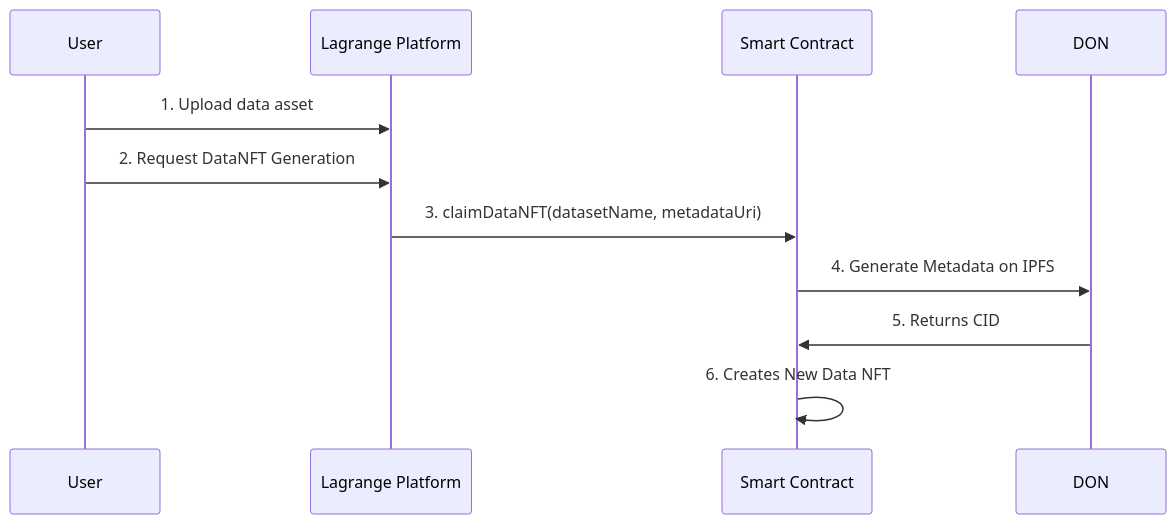
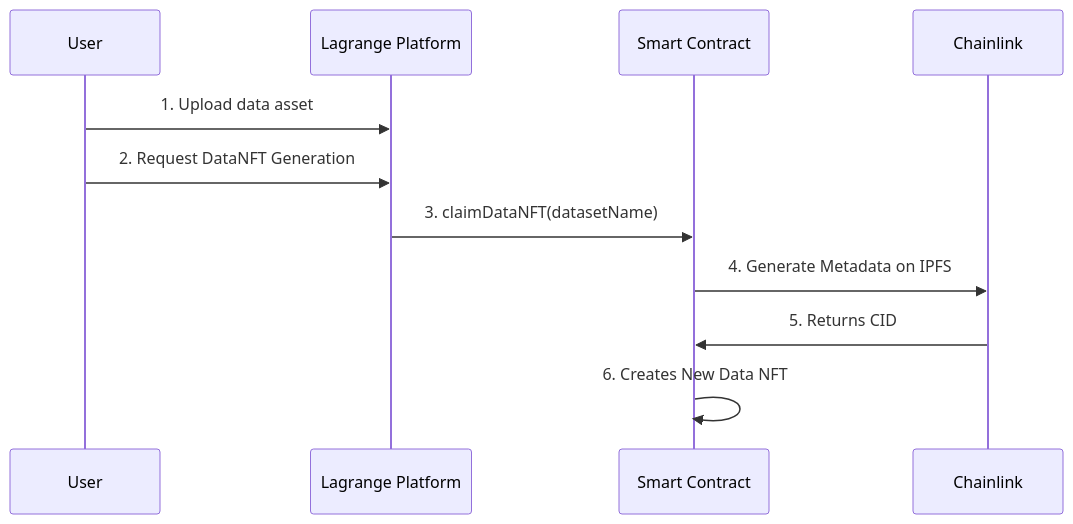
Before and after one commit to lagrangedao/datanft: the diagram in README.md, drawn with Mermaid. The commit also changed other lines of this file and 4 other files, not shown here.

````diff
--- a/README.md
+++ b/README.md
@@ -17,13 +17,13 @@
 ```mermaid
 sequenceDiagram;
   participant User
   participant Lagrange Platform
   participant Smart Contract
-  participant DON
+  participant Chainlink
     User->>Lagrange Platform: 1. Upload data asset;
     User->>Lagrange Platform: 2. Request DataNFT Generation
-    Lagrange Platform->>Smart Contract: 3. claimDataNFT(datasetName, metadataUri)
-    Smart Contract->>DON: 4. Generate Metadata on IPFS
-    DON->>Smart Contract: 5. Returns CID
+    Lagrange Platform->>Smart Contract: 3. claimDataNFT(datasetName)
+    Smart Contract->>Chainlink: 4. Generate Metadata on IPFS
+    Chainlink->>Smart Contract: 5. Returns CID
     Smart Contract->>Smart Contract: 6. Creates New Data NFT
 ```
````
